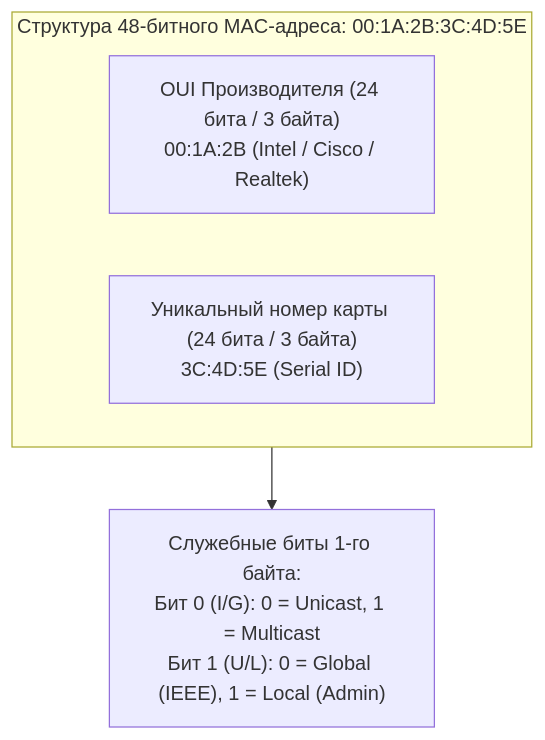
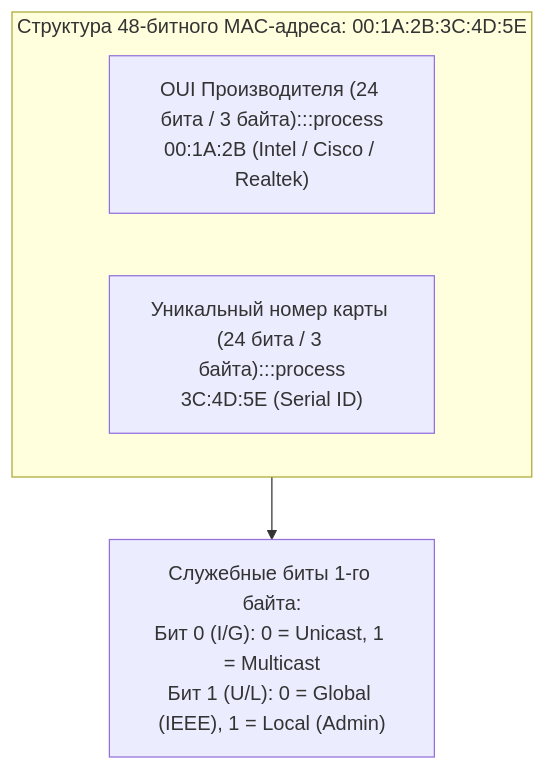
One commit to UnrealTemplier/go-textbook changed the third of 5 diagrams in sources/3. Компьютерные сети и сетевой стек/3. Ethernet, MAC-адреса и локальные сети.md. Above: the diagram before and after it, drawn with Mermaid. The commit also changed other lines of this file and 1666 other files, not shown here.

First line of the commit message:
feat(mermaid): add semantic color classDef to 1369 colorless flowchart/graph diagrams

````diff
--- a/sources/3. Компьютерные сети и сетевой стек/3. Ethernet, MAC-адреса и локальные сети.md
+++ b/sources/3. Компьютерные сети и сетевой стек/3. Ethernet, MAC-адреса и локальные сети.md
@@ -94,14 +114,24 @@
 ```mermaid
 flowchart TD
+    classDef process  fill:#1e293b,stroke:#38bdf8,stroke-width:1px,color:#f8fafc
+    classDef success  fill:#064e3b,stroke:#34d399,stroke-width:1px,color:#f8fafc
+    classDef error    fill:#7f1d1d,stroke:#f87171,stroke-width:1px,color:#f8fafc
+    classDef warning  fill:#78350f,stroke:#fbbf24,stroke-width:1px,color:#f8fafc
+    classDef entry    fill:#1e3a5f,stroke:#38bdf8,stroke-width:2px,color:#f8fafc
+    classDef aux      fill:#334155,stroke:#64748b,stroke-width:1px,color:#f8fafc
+    classDef system   fill:#312e81,stroke:#a78bfa,stroke-width:1px,color:#f8fafc
+    classDef data     fill:#132d29,stroke:#2dd4bf,stroke-width:1px,color:#f8fafc
+    classDef network  fill:#881337,stroke:#fb7185,stroke-width:1px,color:#f8fafc
+    classDef accent   fill:#1e1b4b,stroke:#818cf8,stroke-width:1px,color:#f8fafc
     subgraph MAC_Structure ["Структура 48-битного MAC-адреса: 00:1A:2B:3C:4D:5E"]
         direction LR
-        OUI["OUI Производителя (24 бита / 3 байта)
+        OUI["OUI Производителя (24 бита / 3 байта):::process
 00:1A:2B (Intel / Cisco / Realtek)"]
-        NIC_Serial["Уникальный номер карты (24 бита / 3 байта)
+        NIC_Serial["Уникальный номер карты (24 бита / 3 байта):::process
 3C:4D:5E (Serial ID)"]
     end
 
     OUI --> BitFlags["Служебные биты 1-го байта:
 Бит 0 (I/G): 0 = Unicast, 1 = Multicast
 Бит 1 (U/L): 0 = Global (IEEE), 1 = Local (Admin)"]
 ```
````
